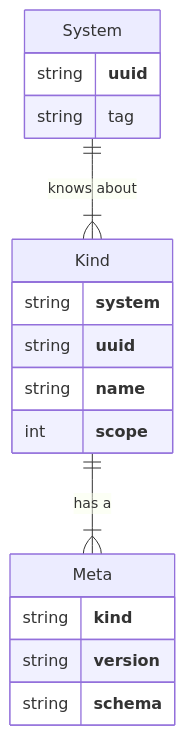
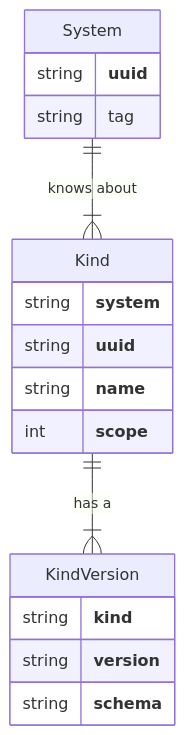
Before and after one commit to relexec/rxp: the third of 4 diagrams in docs/reference.md, drawn with Mermaid. The commit also changed other lines of this file and 25 other files, not shown here.

First line of the commit message:
rename Meta to KindVersion

````diff
--- a/docs/reference.md
+++ b/docs/reference.md
@@ -131,20 +119,20 @@
 ```mermaid
 erDiagram
     System ||--|{ Kind : "knows about"
-    Kind ||--|{ Meta : "has a"
+    Kind ||--|{ KindVersion : "has a"
     System {
         string **uuid**
         string tag
     }
     Kind {
         string **system**
         string **uuid**
         string **name**
         int **scope**
     }
-    Meta{
+    KindVersion{
         string **kind**
         string **version**
         string **schema**
     }
 ```
````
